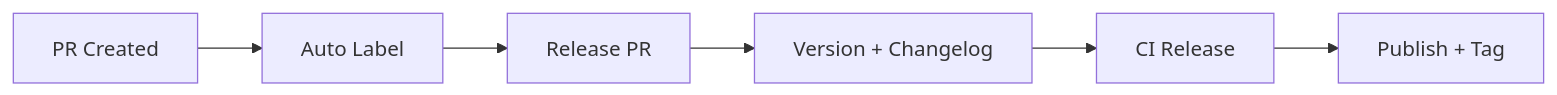
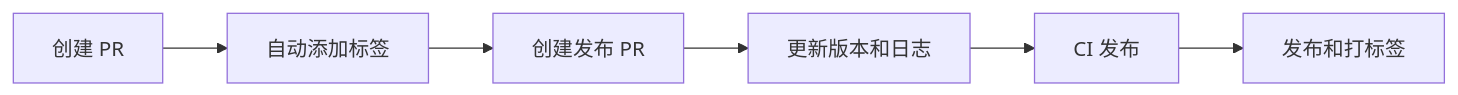
Before and after one commit to qlover/fe-base: the second of 2 diagrams in packages/fe-release/README.md, drawn with Mermaid. The commit also changed other lines of this file and 6 other files, not shown here.

````diff
--- a/packages/fe-release/README.md
+++ b/packages/fe-release/README.md
@@ -166,8 +198,8 @@
 ```mermaid
 graph LR
-    A[PR Created] --> B[Auto Label]
-    B --> C[Release PR]
-    C --> D[Version + Changelog]
-    D --> E[CI Release]
-    E --> F[Publish + Tag]
+    A[创建 PR] --> B[自动添加标签]
+    B --> C[创建发布 PR]
+    C --> D[更新版本和日志]
+    D --> E[CI 发布]
+    E --> F[发布和打标签]
 ```
````
